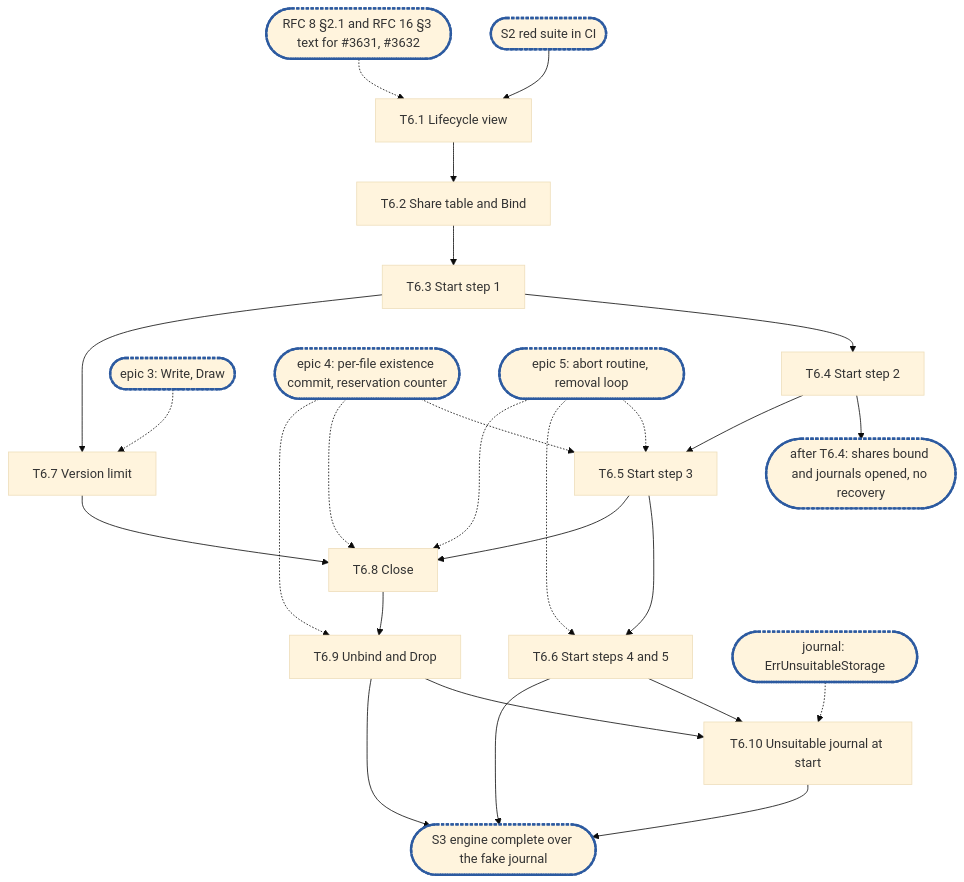
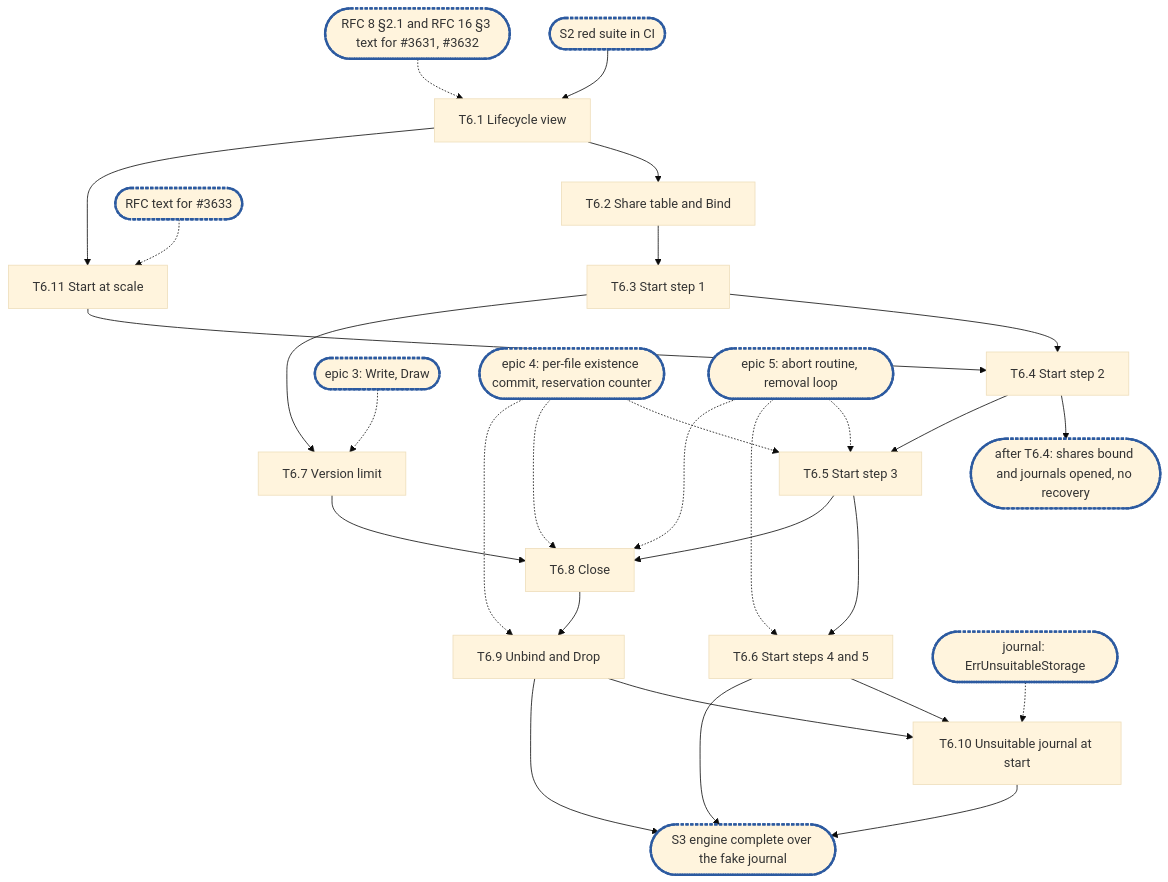
One commit to marmos91/dittofs changed the diagram in docs/internals/planning/rfc-8-engine-epic6.md. Above: the diagram before and after it, drawn with Mermaid (base theme). The commit also changed other lines of this file, not shown here.

First line of the commit message:
docs(planning): plan the start raise in batches for engine epic 6

````diff
--- a/docs/internals/planning/rfc-8-engine-epic6.md
+++ b/docs/internals/planning/rfc-8-engine-epic6.md
@@ -915,21 +958,23 @@
 ```mermaid
 flowchart TD
   S2(["S2 red suite in CI"]):::sync --> T6_1["T6.1 Lifecycle view"]
   rfc(["RFC 8 §2.1 and RFC 16 §3 text for #3631, #3632"]):::sync -.-> T6_1
   T6_1 --> T6_2["T6.2 Share table and Bind"]
   T6_2 --> T6_3["T6.3 Start step 1"]
-  T6_3 --> T6_4["T6.4 Start step 2"]
+  T6_1 --> T6_11["T6.11 Start at scale"]
+  rfc3633(["RFC text for #3633"]):::sync -.-> T6_11
+  T6_3 & T6_11 --> T6_4["T6.4 Start step 2"]
   T6_4 --> C1(["after T6.4: shares bound and journals opened, no recovery"]):::sync
   ep3(["epic 3: Write, Draw"]):::sync -.-> T6_7
   T6_3 --> T6_7["T6.7 Version limit"]
   ep4(["epic 4: per-file existence commit, reservation counter"]):::sync -.-> T6_5 & T6_8 & T6_9
   ep5(["epic 5: abort routine, removal loop"]):::sync -.-> T6_5 & T6_6 & T6_8
   T6_4 --> T6_5["T6.5 Start step 3"]
   T6_5 --> T6_6["T6.6 Start steps 4 and 5"]
   T6_5 & T6_7 --> T6_8["T6.8 Close"]
   T6_8 --> T6_9["T6.9 Unbind and Drop"]
   J(["journal: ErrUnsuitableStorage"]):::sync -.-> T6_10
   T6_6 & T6_9 --> T6_10["T6.10 Unsuitable journal at start"]
   T6_6 & T6_9 & T6_10 --> S3(["S3 engine complete over the fake journal"]):::sync
   classDef sync stroke:#2c5aa0,stroke-width:3px,stroke-dasharray:4 2
 ```
````
